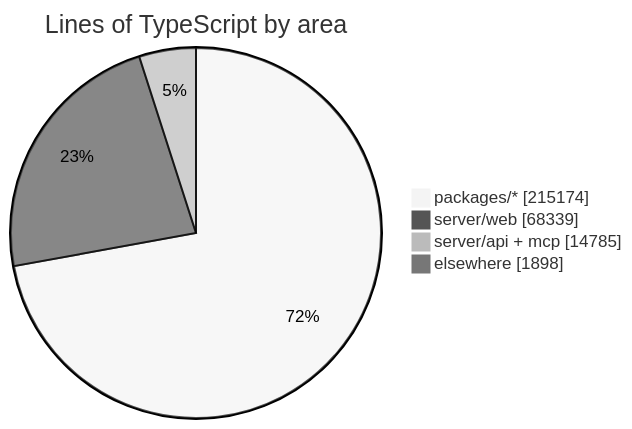
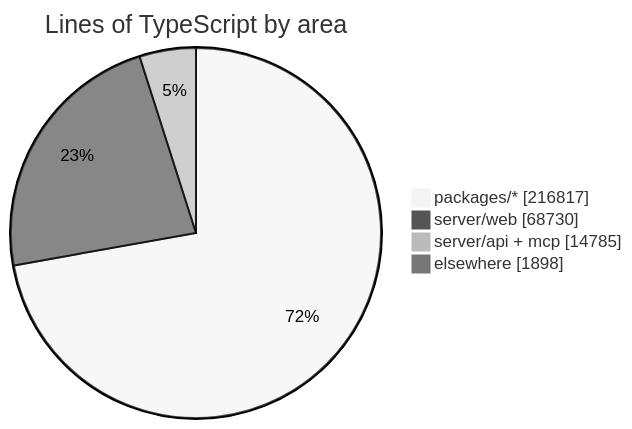
Before and after one commit to crossworks-engineering/mantle: the diagram in README.md, drawn with Mermaid (neutral theme). The commit also changed other lines of this file and 2 other files, not shown here.

````diff
--- a/README.md
+++ b/README.md
@@ -287,7 +287,7 @@
 ```mermaid
 pie showData title Lines of TypeScript by area
-    "packages/*" : 215174
-    "server/web" : 68339
+    "packages/*" : 216817
+    "server/web" : 68730
     "server/api + mcp" : 14785
     "elsewhere" : 1898
 ```
````
